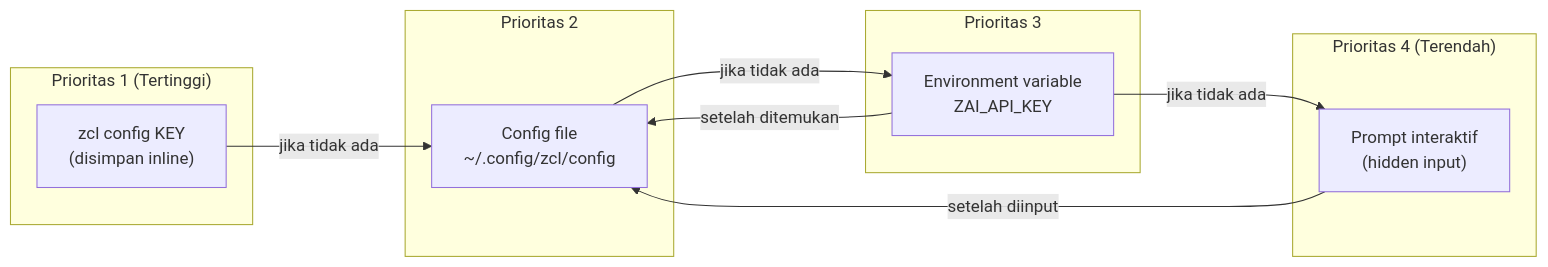
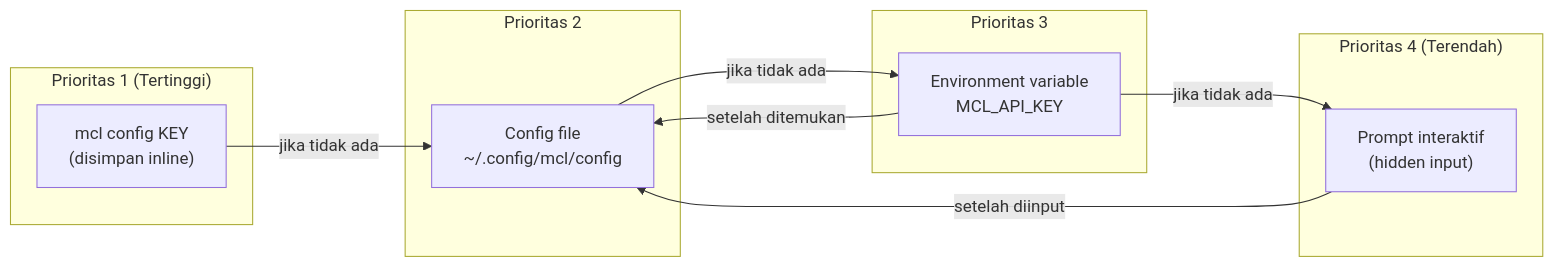
The fourth of 6 diagrams in README.md (Muhira007/mcl-claude), drawn with Mermaid before and after one commit. The commit also changed other lines of this file and 633 other files, not shown here.

Commit message:
Initial commit of mcl with zcl features and token plan logic

````diff
--- a/README.md
+++ b/README.md
@@ -210,22 +210,22 @@
 ```mermaid
 flowchart LR
     subgraph "Prioritas 1 (Tertinggi)"
-        A["zcl config KEY<br/>(disimpan inline)"]
+        A["mcl config KEY<br/>(disimpan inline)"]
     end
 
     subgraph "Prioritas 2"
-        B["Config file<br/>~/.config/zcl/config"]
+        B["Config file<br/>~/.config/mcl/config"]
     end
 
     subgraph "Prioritas 3"
-        C["Environment variable<br/>ZAI_API_KEY"]
+        C["Environment variable<br/>MCL_API_KEY"]
     end
 
     subgraph "Prioritas 4 (Terendah)"
         D["Prompt interaktif<br/>(hidden input)"]
     end
 
     A -->|jika tidak ada| B -->|jika tidak ada| C -->|jika tidak ada| D
     D -->|setelah diinput| B
     C -->|setelah ditemukan| B
 ```
````
